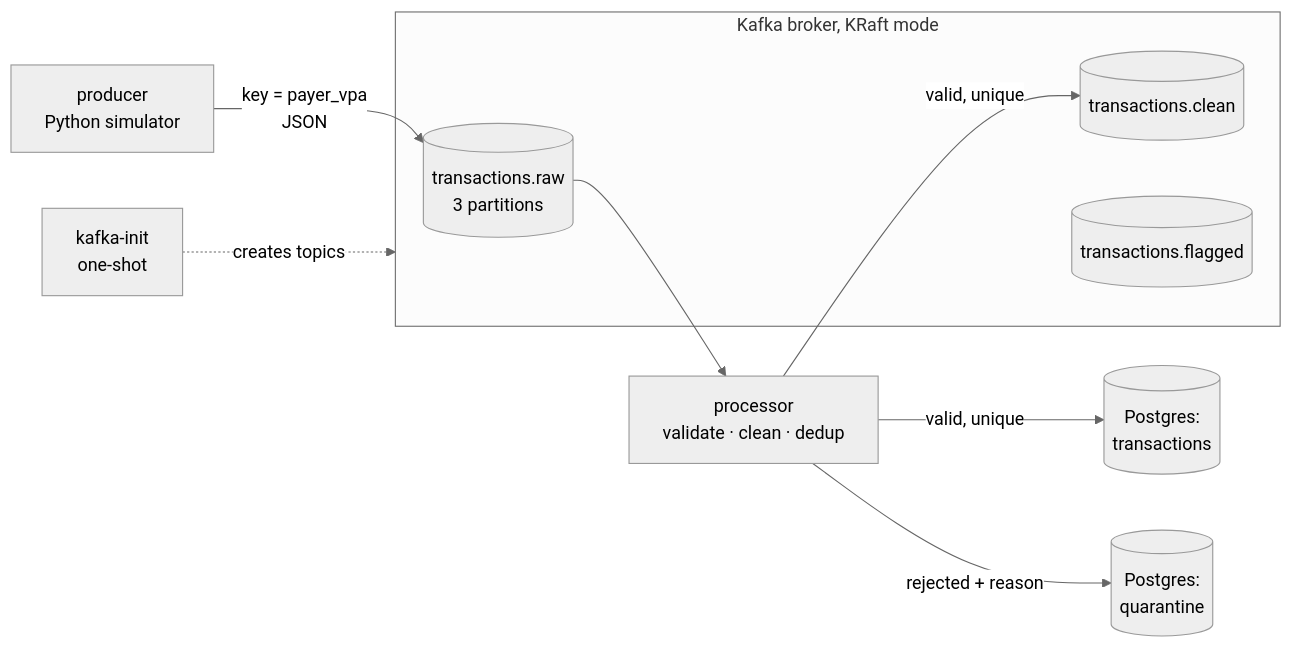
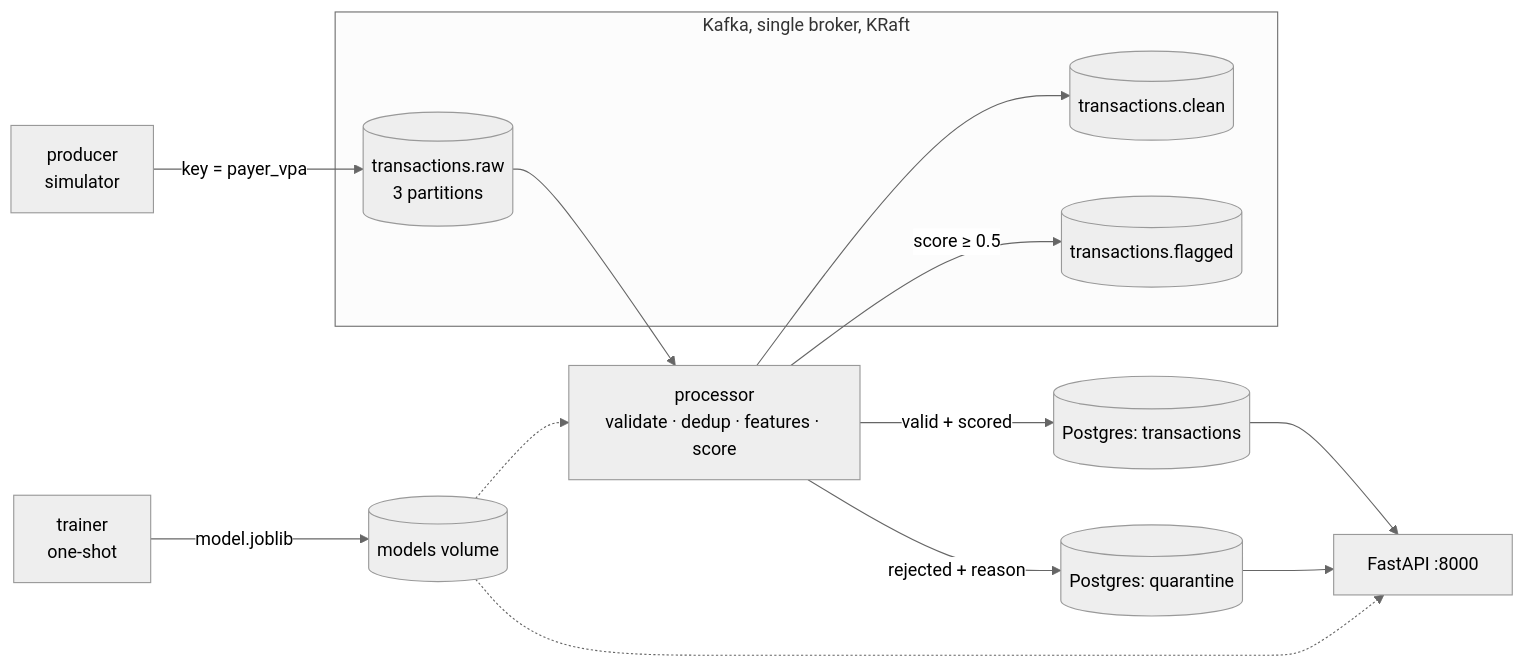
Before and after one commit to KARNATI-SREERAM/upi-fraud-pipeline: the diagram in README.md, drawn with Mermaid (neutral theme). The commit also changed other lines of this file and 7 other files, not shown here.

````diff
--- a/README.md
+++ b/README.md
@@ -14,14 +15,19 @@
 ```mermaid
 flowchart LR
-    P[producer<br/>Python simulator] -->|key = payer_vpa<br/>JSON| R[(transactions.raw<br/>3 partitions)]
-    subgraph Kafka [Kafka broker, KRaft mode]
+    T[trainer<br/>one-shot] -->|model.joblib| V[(models volume)]
+    P[producer<br/>simulator] -->|key = payer_vpa| R[(transactions.raw<br/>3 partitions)]
+    subgraph Kafka [Kafka, single broker, KRaft]
         R
         C[(transactions.clean)]
         F[(transactions.flagged)]
     end
-    R --> PR[processor<br/>validate · clean · dedup]
-    PR -->|valid, unique| T[(Postgres:<br/>transactions)]
-    PR -->|rejected + reason| Q[(Postgres:<br/>quarantine)]
-    PR -->|valid, unique| C
-    I[kafka-init<br/>one-shot] -.creates topics.-> Kafka
+    R --> PR[processor<br/>validate · dedup · features · score]
+    V -.-> PR
+    PR -->|valid + scored| TX[(Postgres: transactions)]
+    PR -->|rejected + reason| Q[(Postgres: quarantine)]
+    PR --> C
+    PR -->|score ≥ 0.5| F
+    TX --> API[FastAPI :8000]
+    Q --> API
+    V -.-> API
 ```
````
